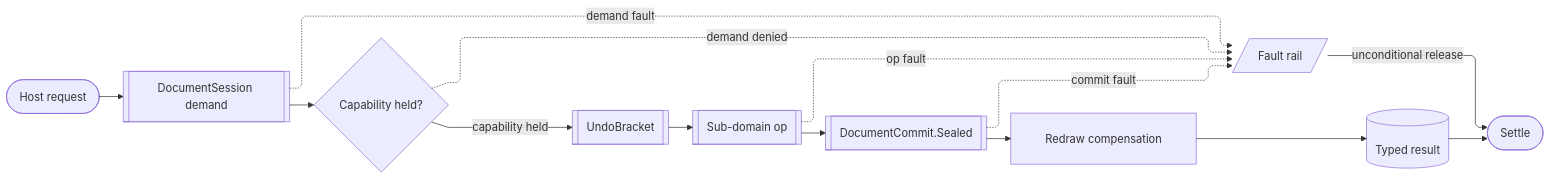
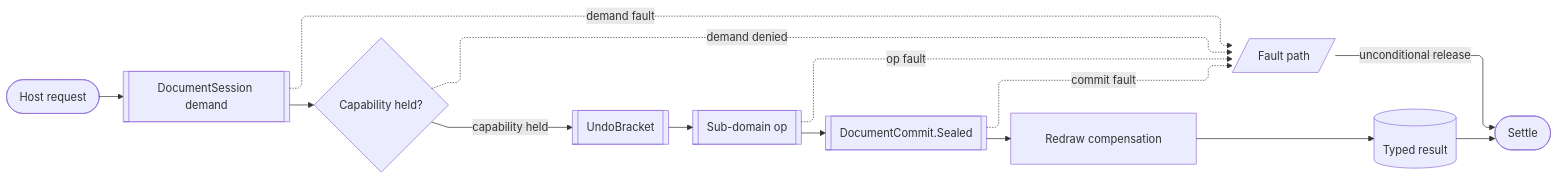
One commit to bsamiee/Rasm changed the third of 3 diagrams in libs/dotnet/Rasm.Rhino/ARCHITECTURE.md. Above: the diagram before and after it, drawn with Mermaid. The commit also changed other lines of this file and 1997 other files, not shown here.

````diff
--- a/libs/dotnet/Rasm.Rhino/ARCHITECTURE.md
+++ b/libs/dotnet/Rasm.Rhino/ARCHITECTURE.md
@@ -286,25 +286,25 @@
 ```mermaid
 ---
 config:
   layout: elk
   flowchart:
     curve: linear
     padding: 25
 ---
 flowchart LR
     accTitle: Rasm.Rhino host-mutation spine
-    accDescr: Which gate, bracket, and sealing owners one host mutation crosses, and the one releasing rail every fault converges on.
+    accDescr: Which gate, bracket, and sealing owners one host mutation crosses, and the one releasing path every fault converges on.
     Request([Host request]) e1@--> Session[[DocumentSession demand]]
     Session e2@--> Ready{Capability held?}
     Ready e3@-->|"capability held"| Bracket[[UndoBracket]]
     Bracket e4@--> Executor[[Sub-domain op]]
     Executor e5@--> Commit[[DocumentCommit.Sealed]]
     Commit e6@--> Redraw[Redraw compensation]
     Redraw e7@--> Result[(Typed result)]
     Result e8@--> Settle([Settle])
-    Ready f1@-.->|"demand denied"| Fault[/Fault rail/]
+    Ready f1@-.->|"demand denied"| Fault[/Fault path/]
     Session f2@-.->|"demand fault"| Fault
     Executor f3@-.->|"op fault"| Fault
     Commit f4@-.->|"commit fault"| Fault
     Fault f5@-->|"unconditional release"| Settle
 ```
````
